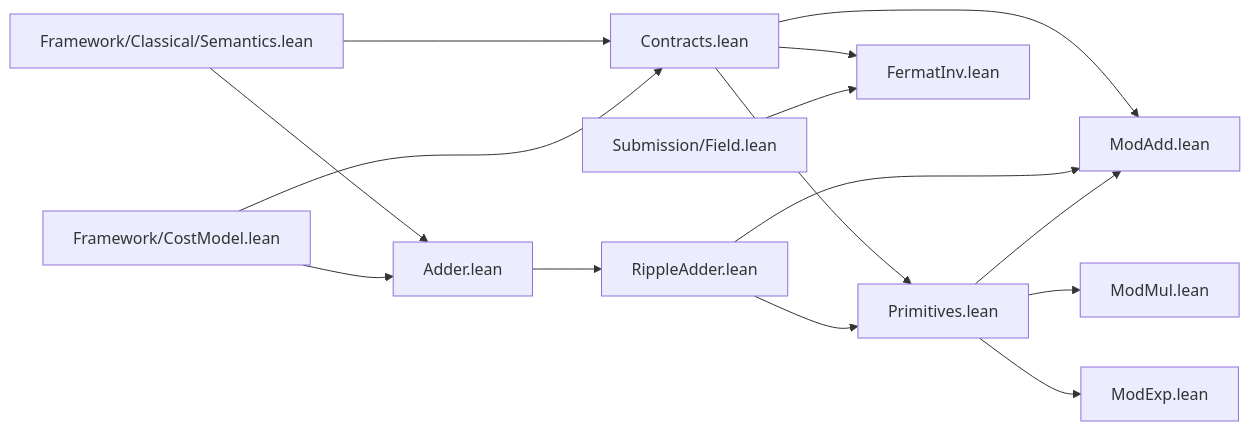
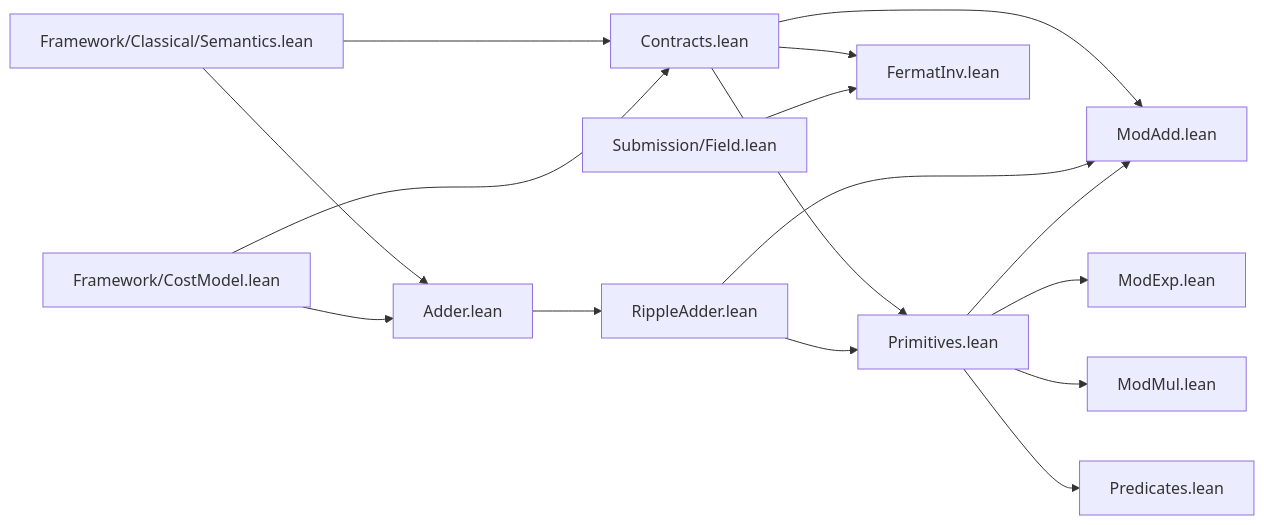
Before and after one commit to VerifiedQC/ShorECDLP: the first of 2 diagrams in ShorECDLP/Submission/Arithmetic/README.md, drawn with Mermaid. The commit also changed other lines of this file and 3 other files, not shown here.

````diff
--- a/ShorECDLP/Submission/Arithmetic/README.md
+++ b/ShorECDLP/Submission/Arithmetic/README.md
@@ -24,30 +24,32 @@
 ```mermaid
 flowchart LR
   Semantics["Framework/Classical/Semantics.lean"]
   CostModel["Framework/CostModel.lean"]
   Field["Submission/Field.lean"]
 
   Adder["Adder.lean"]
   Contracts["Contracts.lean"]
   Ripple["RippleAdder.lean"]
   Primitives["Primitives.lean"]
+  Predicates["Predicates.lean"]
   ModAdd["ModAdd.lean"]
   ModMul["ModMul.lean"]
   ModExp["ModExp.lean"]
   FermatInv["FermatInv.lean"]
 
   Semantics --> Adder
   CostModel --> Adder
   Semantics --> Contracts
   CostModel --> Contracts
   Adder --> Ripple
   Contracts --> Primitives
   Ripple --> Primitives
+  Primitives --> Predicates
   Contracts --> ModAdd
   Ripple --> ModAdd
   Primitives --> ModAdd
   Primitives --> ModMul
   Primitives --> ModExp
   Contracts --> FermatInv
   Field --> FermatInv
 ```
````
